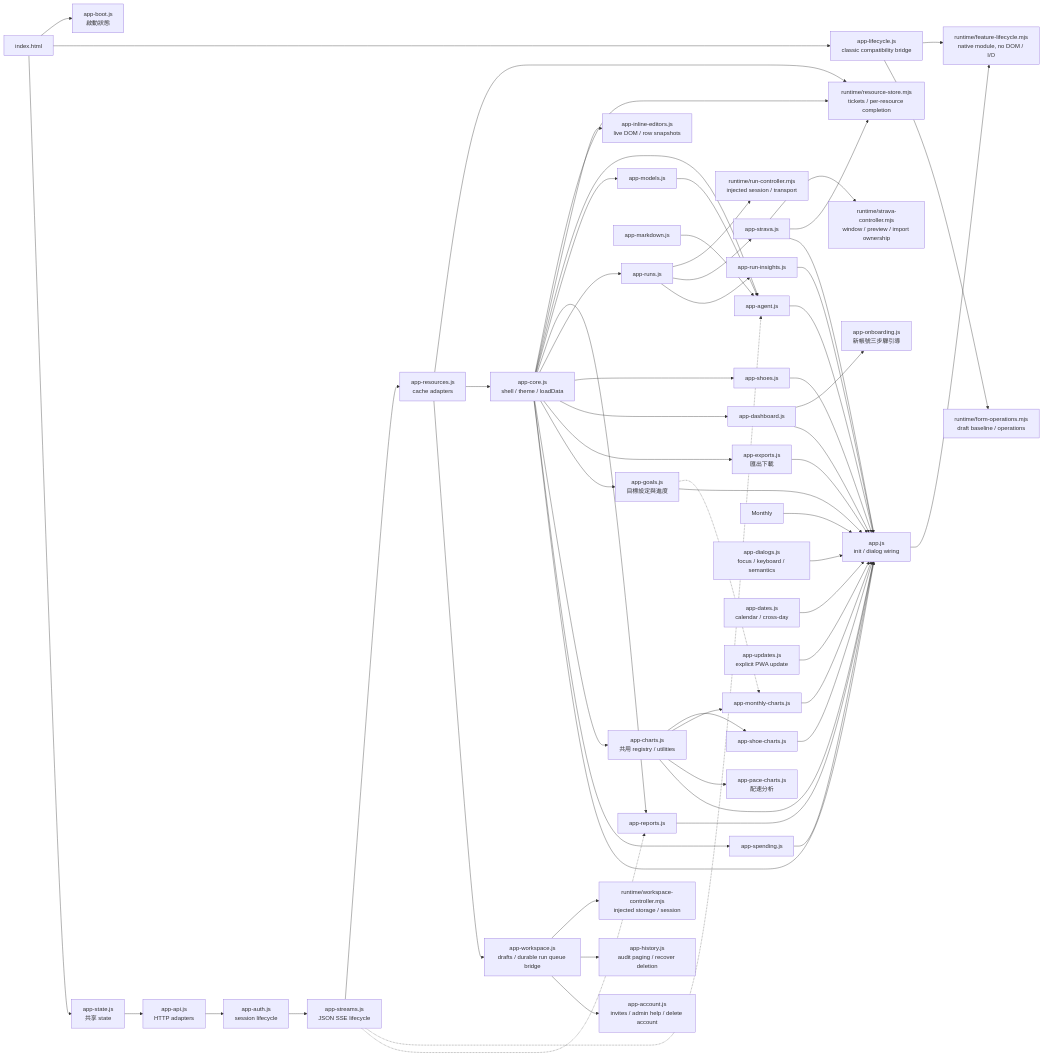
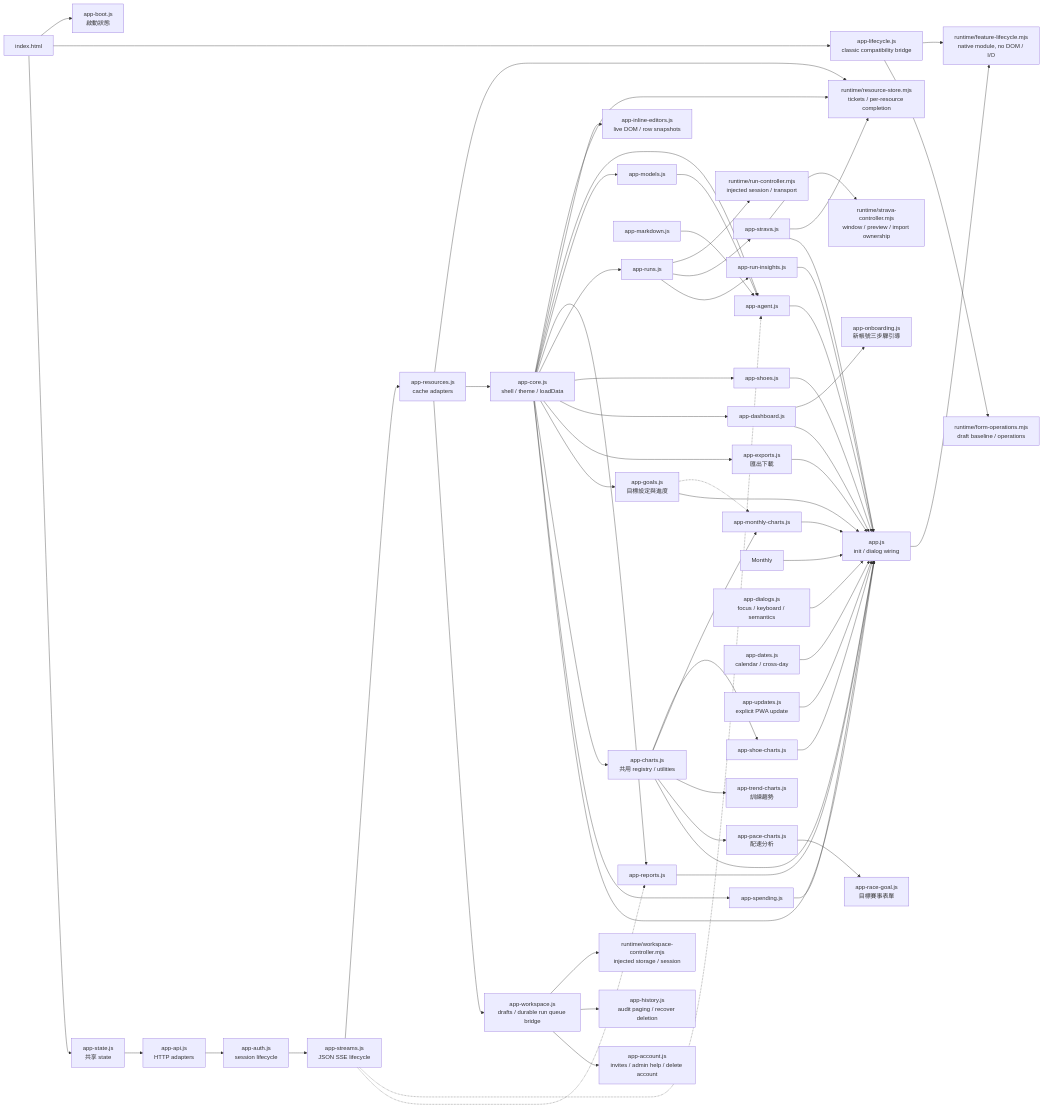
One commit to Teng91/running-shoes changed the sixth of 15 diagrams in docs/architecture.md. Above: the diagram before and after it, drawn with Mermaid. The commit also changed other lines of this file and 45 other files, not shown here.

First line of the commit message:
refactor: move read-only statistics into read models, stop router cross-imports, split chart files (SPEC-090, v4.25.2)

````diff
--- a/docs/architecture.md
+++ b/docs/architecture.md
@@ -207,62 +207,64 @@
 ```mermaid
 flowchart LR
     HTML[index.html] --> Boot[app-boot.js<br/>啟動狀態]
     HTML --> Lifecycle[app-lifecycle.js<br/>classic compatibility bridge]
     Bootstrap --> Native[runtime/feature-lifecycle.mjs<br/>native module, no DOM / I/O]
     Lifecycle --> Native
     HTML --> State[app-state.js<br/>共享 state]
     State --> API[app-api.js<br/>HTTP adapters]
     API --> AuthUI[app-auth.js<br/>session lifecycle]
     AuthUI --> Streams[app-streams.js<br/>JSON SSE lifecycle]
     Streams --> Resources[app-resources.js<br/>cache adapters]
     Resources --> Store[runtime/resource-store.mjs<br/>tickets / per-resource completion]
     Resources --> Core[app-core.js<br/>shell / theme / loadData]
     Resources --> Workspace[app-workspace.js<br/>drafts / durable run queue bridge]
     Workspace --> WorkspaceNative[runtime/workspace-controller.mjs<br/>injected storage / session]
     Workspace --> History[app-history.js<br/>audit paging / recover deletion]
     Workspace --> Account[app-account.js<br/>invites / admin help / delete account]
     Core --> Store
     Core --> Inline[app-inline-editors.js<br/>live DOM / row snapshots]
     Lifecycle --> Forms[runtime/form-operations.mjs<br/>draft baseline / operations]
     Streams -.-> AgentUI
     Streams -.-> ReportsUI
     Core --> AgentUI[app-agent.js]
     Core --> ModelsUI[app-models.js]
     ModelsUI --> AgentUI
     MarkdownUI[app-markdown.js] --> AgentUI
     Core --> ReportsUI[app-reports.js]
     Core --> RunCRUD[app-runs.js]
     RunCRUD --> RunNative[runtime/run-controller.mjs<br/>injected session / transport]
     RunCRUD --> StravaUI[app-strava.js]
     StravaUI --> StravaNative[runtime/strava-controller.mjs<br/>window / preview / import ownership]
     StravaUI --> Store
     RunCRUD --> RunInsights[app-run-insights.js]
     Core --> ShoesUI[app-shoes.js]
     Core --> Dashboard[app-dashboard.js]
     Dashboard --> Onboarding[app-onboarding.js<br/>新帳號三步驟引導]
     Core --> ExportsUI[app-exports.js<br/>匯出下載]
     Core --> GoalsUI[app-goals.js<br/>目標設定與進度]
     Core --> Charts[app-charts.js<br/>共用 registry / utilities]
     Charts --> ShoeCharts[app-shoe-charts.js]
     Charts --> MileageCharts[app-monthly-charts.js]
+    Charts --> TrendCharts[app-trend-charts.js<br/>訓練趨勢]
     Charts --> PaceCharts[app-pace-charts.js<br/>配速分析]
+    PaceCharts --> RaceGoal[app-race-goal.js<br/>目標賽事表單]
     GoalsUI -.-> MileageCharts
     Core --> Spending[app-spending.js]
     Core --> Bootstrap[app.js<br/>init / dialog wiring]
     AgentUI --> Bootstrap
     ReportsUI --> Bootstrap
     StravaUI --> Bootstrap
     RunInsights --> Bootstrap
     ShoesUI --> Bootstrap
     Dashboard --> Bootstrap
     Monthly --> Bootstrap
     ExportsUI --> Bootstrap
     GoalsUI --> Bootstrap
     Charts --> Bootstrap
     ShoeCharts --> Bootstrap
     MileageCharts --> Bootstrap
     Spending --> Bootstrap
     Dialogs[app-dialogs.js<br/>focus / keyboard / semantics] --> Bootstrap
     Dates[app-dates.js<br/>calendar / cross-day] --> Bootstrap
     Updates[app-updates.js<br/>explicit PWA update] --> Bootstrap
 ```
````
